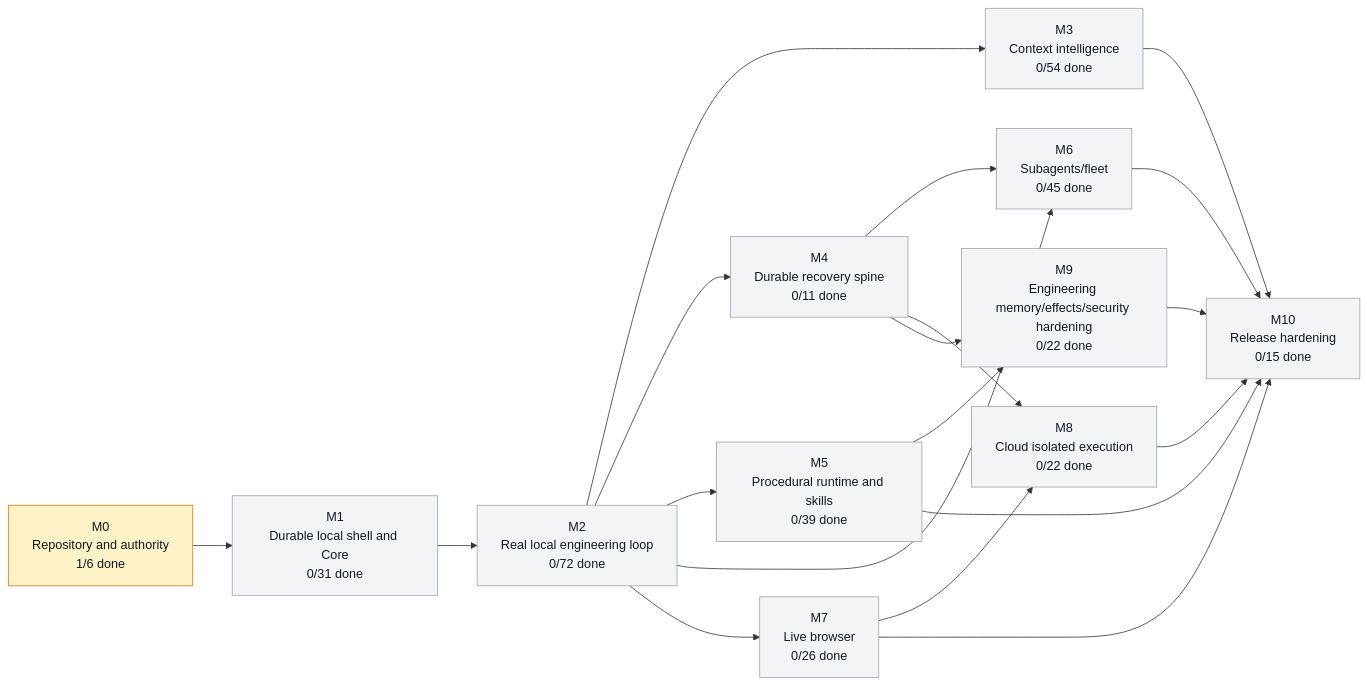
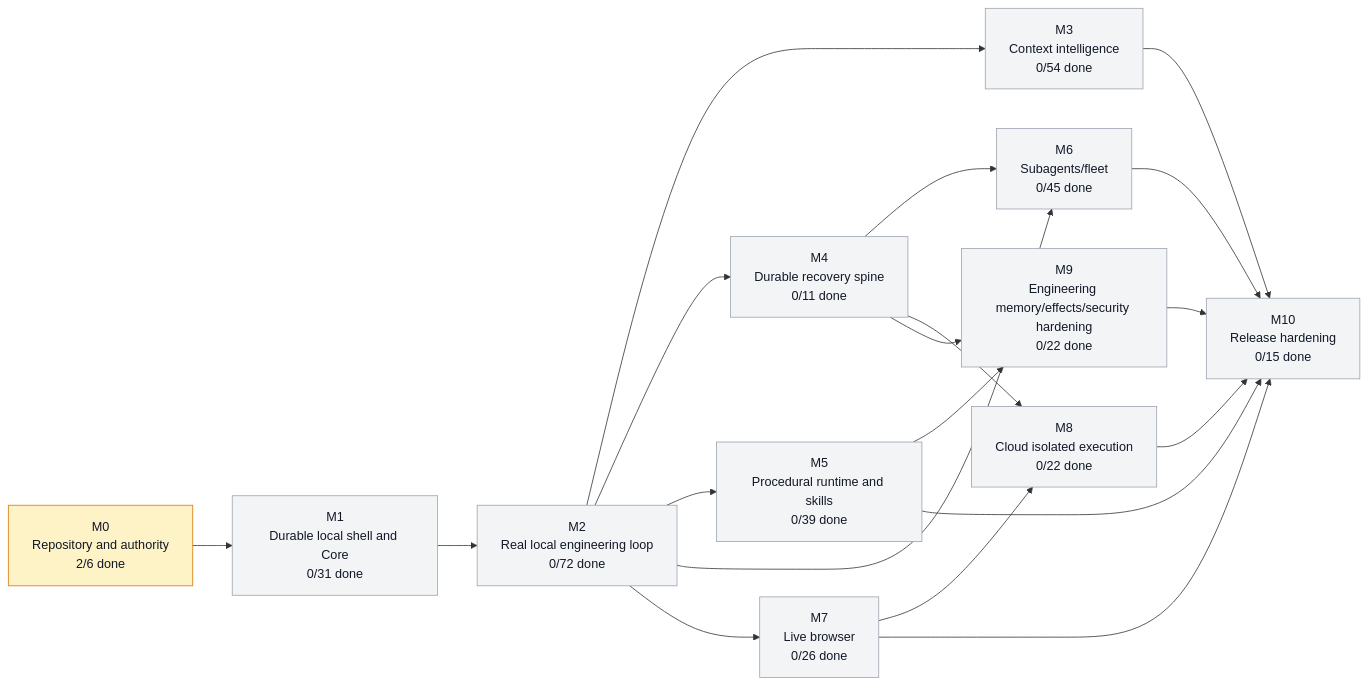
The first of 3 diagrams in graph/PROJECT_GRAPH.md (moss101/zmodbit), drawn with Mermaid before and after one commit. The commit also changed other lines of this file and 3 other files, not shown here.

````diff
--- a/graph/PROJECT_GRAPH.md
+++ b/graph/PROJECT_GRAPH.md
@@ -43,43 +43,43 @@
 ```mermaid
 flowchart LR
-  M0["M0<br/>Repository and authority<br/>1/6 done"]
+  M0["M0<br/>Repository and authority<br/>2/6 done"]
   M1["M1<br/>Durable local shell and Core<br/>0/31 done"]
   M2["M2<br/>Real local engineering loop<br/>0/72 done"]
   M3["M3<br/>Context intelligence<br/>0/54 done"]
   M4["M4<br/>Durable recovery spine<br/>0/11 done"]
   M5["M5<br/>Procedural runtime and skills<br/>0/39 done"]
   M6["M6<br/>Subagents/fleet<br/>0/45 done"]
   M7["M7<br/>Live browser<br/>0/26 done"]
   M8["M8<br/>Cloud isolated execution<br/>0/22 done"]
   M9["M9<br/>Engineering memory/effects/security hardening<br/>0/22 done"]
   M10["M10<br/>Release hardening<br/>0/15 done"]
   M0 --> M1
   M1 --> M2
   M2 --> M3
   M2 --> M4
   M2 --> M5
   M2 --> M6
   M4 --> M6
   M2 --> M7
   M4 --> M8
   M7 --> M8
   M4 --> M9
   M5 --> M9
   M3 --> M10
   M5 --> M10
   M6 --> M10
   M7 --> M10
   M8 --> M10
   M9 --> M10
   style M0 fill:#fef3c7,stroke:#d97706,color:#111827
   style M1 fill:#f3f4f6,stroke:#9ca3af,color:#111827
   style M2 fill:#f3f4f6,stroke:#9ca3af,color:#111827
   style M3 fill:#f3f4f6,stroke:#9ca3af,color:#111827
   style M4 fill:#f3f4f6,stroke:#9ca3af,color:#111827
   style M5 fill:#f3f4f6,stroke:#9ca3af,color:#111827
   style M6 fill:#f3f4f6,stroke:#9ca3af,color:#111827
   style M7 fill:#f3f4f6,stroke:#9ca3af,color:#111827
   style M8 fill:#f3f4f6,stroke:#9ca3af,color:#111827
   style M9 fill:#f3f4f6,stroke:#9ca3af,color:#111827
   style M10 fill:#f3f4f6,stroke:#9ca3af,color:#111827
 ```
````
